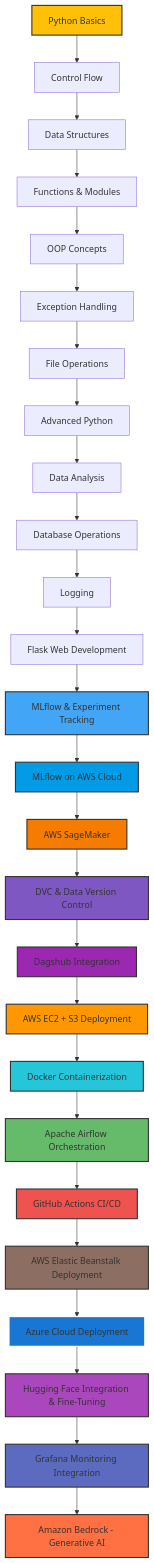
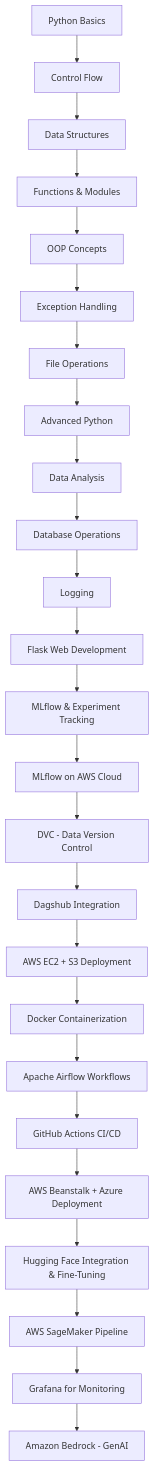
The first of 16 diagrams in README.md (jagadeshchilla/MLOPS), drawn with Mermaid before and after one commit.

````diff
--- a/README.md
+++ b/README.md
@@ -74,45 +76,27 @@
 ```mermaid
 graph TD
     A[Python Basics] --> B[Control Flow]
     B --> C[Data Structures]
     C --> D[Functions & Modules]
     D --> E[OOP Concepts]
     E --> F[Exception Handling]
     F --> G[File Operations]
     G --> H[Advanced Python]
     H --> I[Data Analysis]
     I --> J[Database Operations]
     J --> K[Logging]
     K --> L[Flask Web Development]
     L --> M[MLflow & Experiment Tracking]
     M --> N[MLflow on AWS Cloud]
-    N --> O[AWS SageMaker]
-    O --> P[DVC & Data Version Control]
-    P --> Q[Dagshub Integration]
-    Q --> R[AWS EC2 + S3 Deployment]
-    R --> S[Docker Containerization]
-    S --> T[Apache Airflow Orchestration]
-    T --> U[GitHub Actions CI/CD]
-    U --> V[AWS Elastic Beanstalk Deployment]
-    V --> W[Azure Cloud Deployment]
-    W --> X[Hugging Face Integration & Fine-Tuning]
-    X --> Y[Grafana Monitoring Integration]
-    Y --> Z[Amazon Bedrock - Generative AI]
-
-    style A fill:#FFC107,stroke:#333,stroke-width:2px
-    style M fill:#42A5F5,stroke:#333,stroke-width:2px
-    style N fill:#039BE5,stroke:#333,stroke-width:2px
-    style O fill:#F57C00,stroke:#333,stroke-width:2px
-    style P fill:#7E57C2,stroke:#333,stroke-width:2px
-    style Q fill:#9C27B0,stroke:#333,stroke-width:2px
-    style R fill:#FF9800,stroke:#333,stroke-width:2px
-    style S fill:#26C6DA,stroke:#333,stroke-width:2px
-    style T fill:#66BB6A,stroke:#333,stroke-width:2px
-    style U fill:#EF5350,stroke:#333,stroke-width:2px
-    style V fill:#8D6E63,stroke:#333,stroke-width:2px
-    style W fill:#1976D2,stroke:#fff,stroke-width:2px
-    style X fill:#AB47BC,stroke:#333,stroke-width:2px
-    style Y fill:#5C6BC0,stroke:#333,stroke-width:2px
-    style Z fill:#FF7043,stroke:#333,stroke-width:2px
-    style Z fill:#FF7043,stroke:#333,stroke-width:2px
+    N --> O[DVC - Data Version Control]
+    O --> P[Dagshub Integration]
+    P --> Q[AWS EC2 + S3 Deployment]
+    Q --> R[Docker Containerization]
+    R --> S[Apache Airflow Workflows]
+    S --> T[GitHub Actions CI/CD]
+    T --> U[AWS Beanstalk + Azure Deployment]
+    U --> V[Hugging Face Integration & Fine-Tuning]
+    V --> W[AWS SageMaker Pipeline]
+    W --> X[Grafana for Monitoring]
+    X --> Y[Amazon Bedrock - GenAI]
 ```
````
